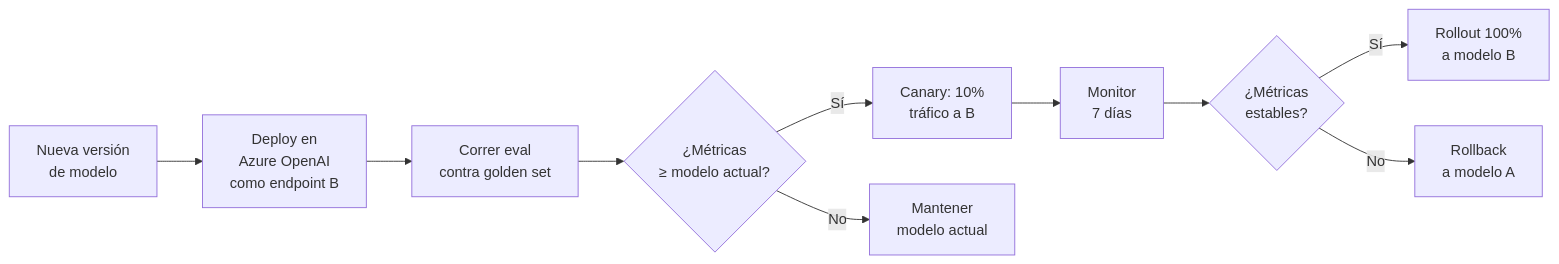
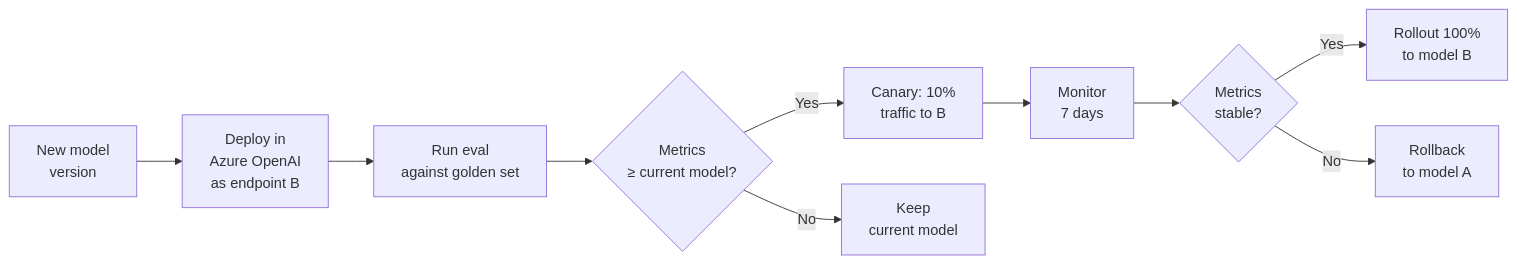
Before and after one commit to pablonux/legal-ai-ar: the third of 3 diagrams in docs/technical/07-observability-llmops.md, drawn with Mermaid. The commit also changed other lines of this file and 2 other files, not shown here.

````diff
--- a/docs/technical/07-observability-llmops.md
+++ b/docs/technical/07-observability-llmops.md
@@ -188,12 +188,12 @@
 ```mermaid
 flowchart LR
-    NEW[Nueva versión<br/>de modelo] --> DEPLOY[Deploy en<br/>Azure OpenAI<br/>como endpoint B]
-    DEPLOY --> EVAL[Correr eval<br/>contra golden set]
-    EVAL --> CMP{¿Métricas<br/>≥ modelo actual?}
-    CMP -->|Sí| CANARY[Canary: 10%<br/>tráfico a B]
-    CMP -->|No| KEEP[Mantener<br/>modelo actual]
-    CANARY --> MON[Monitor<br/>7 días]
-    MON --> OK{¿Métricas<br/>estables?}
-    OK -->|Sí| FULL[Rollout 100%<br/>a modelo B]
-    OK -->|No| ROLL[Rollback<br/>a modelo A]
+    NEW[New model<br/>version] --> DEPLOY[Deploy in<br/>Azure OpenAI<br/>as endpoint B]
+    DEPLOY --> EVAL[Run eval<br/>against golden set]
+    EVAL --> CMP{Metrics<br/>≥ current model?}
+    CMP -->|Yes| CANARY[Canary: 10%<br/>traffic to B]
+    CMP -->|No| KEEP[Keep<br/>current model]
+    CANARY --> MON[Monitor<br/>7 days]
+    MON --> OK{Metrics<br/>stable?}
+    OK -->|Yes| FULL[Rollout 100%<br/>to model B]
+    OK -->|No| ROLL[Rollback<br/>to model A]
 ```
````
